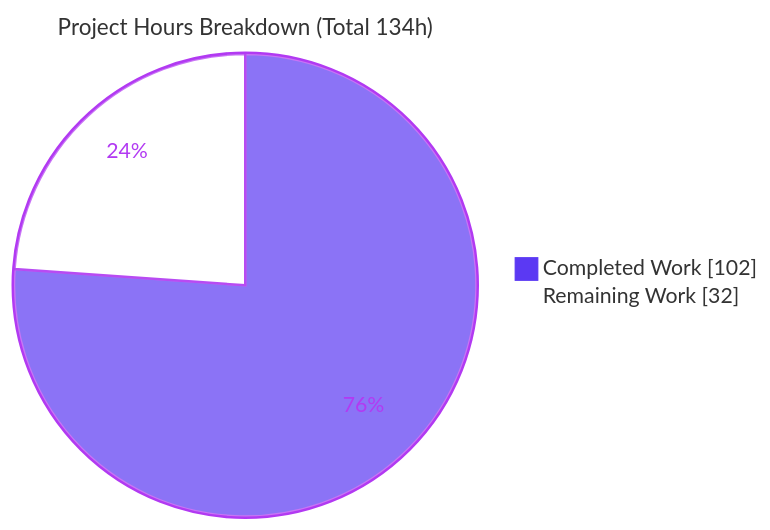
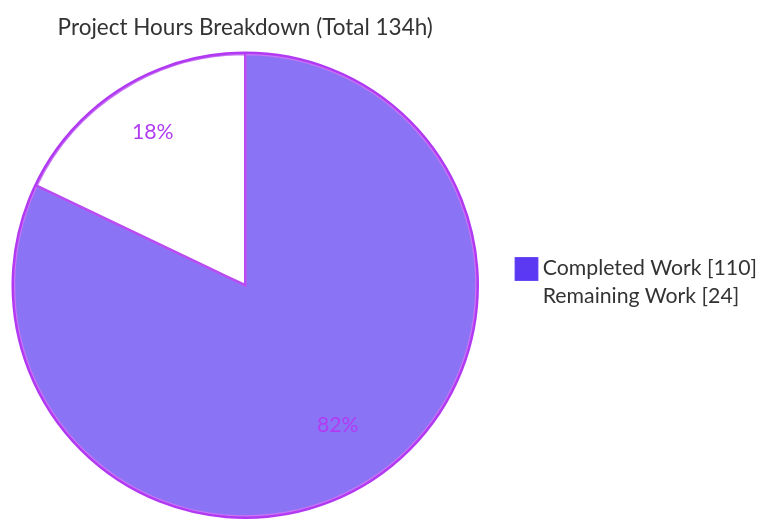
One commit to blitzy-public-samples/ardupilot-blitzy changed the second of 4 diagrams in blitzy/documentation/Project Guide.md. Above: the diagram before and after it, drawn with Mermaid. The commit also changed other lines of this file and 8 other files, not shown here.

````diff
--- a/blitzy/documentation/Project Guide.md
+++ b/blitzy/documentation/Project Guide.md
@@ -210,6 +308,6 @@
 ```mermaid
 %%{init: {'theme':'base', 'themeVariables': {'pie1':'#5B39F3','pie2':'#FFFFFF','pieStrokeColor':'#B23AF2','pieOuterStrokeColor':'#B23AF2','pieStrokeWidth':'2px','pieSectionTextColor':'#B23AF2','pieTitleTextSize':'18px'}}}%%
 pie showData title Project Hours Breakdown (Total 134h)
-    "Completed Work" : 102
-    "Remaining Work" : 32
+    "Completed Work" : 110
+    "Remaining Work" : 24
 ```
````
